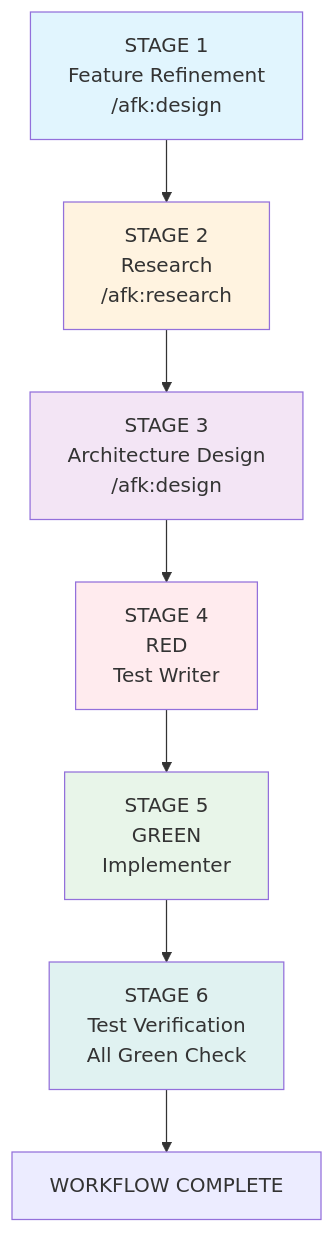
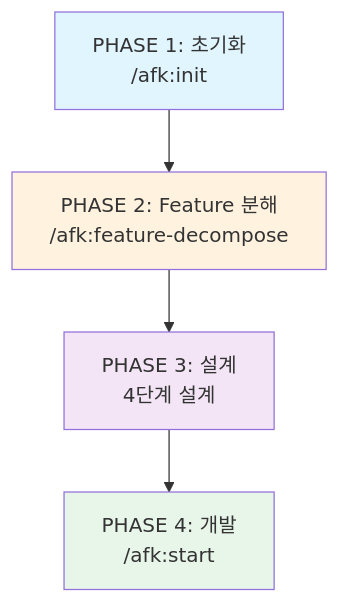
One commit to robinseo/afk-mod changed the first of 3 diagrams in README.md. Above: the diagram before and after it, drawn with Mermaid. The commit also changed other lines of this file and 11 other files, not shown here.

````diff
--- a/README.md
+++ b/README.md
@@ -11,16 +11,11 @@
 ```mermaid
 flowchart TD
-    A["STAGE 1<br/>Feature Refinement<br/>/afk:design"] --> B["STAGE 2<br/>Research<br/>/afk:research"]
-    B --> C["STAGE 3<br/>Architecture Design<br/>/afk:design"]
-    C --> D["STAGE 4<br/>RED<br/>Test Writer"]
-    D --> E["STAGE 5<br/>GREEN<br/>Implementer"]
-    E --> F["STAGE 6<br/>Test Verification<br/>All Green Check"]
-    F --> G[WORKFLOW COMPLETE]
+    A["PHASE 1: 초기화<br/>/afk:init"] --> B["PHASE 2: Feature 분해<br/>/afk:feature-decompose"]
+    B --> C["PHASE 3: 설계<br/>4단계 설계"]
+    C --> D["PHASE 4: 개발<br/>/afk:start"]
 
     style A fill:#e1f5fe
     style B fill:#fff3e0
     style C fill:#f3e5f5
-    style D fill:#ffebee
-    style E fill:#e8f5e9
-    style F fill:#e0f2f1
+    style D fill:#e8f5e9
 ```
````
